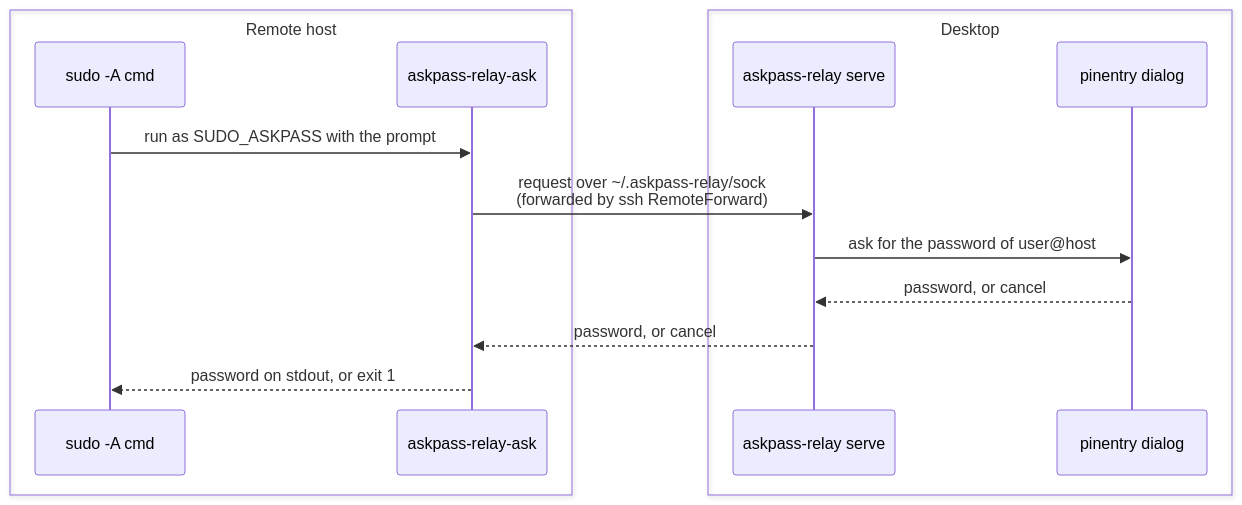
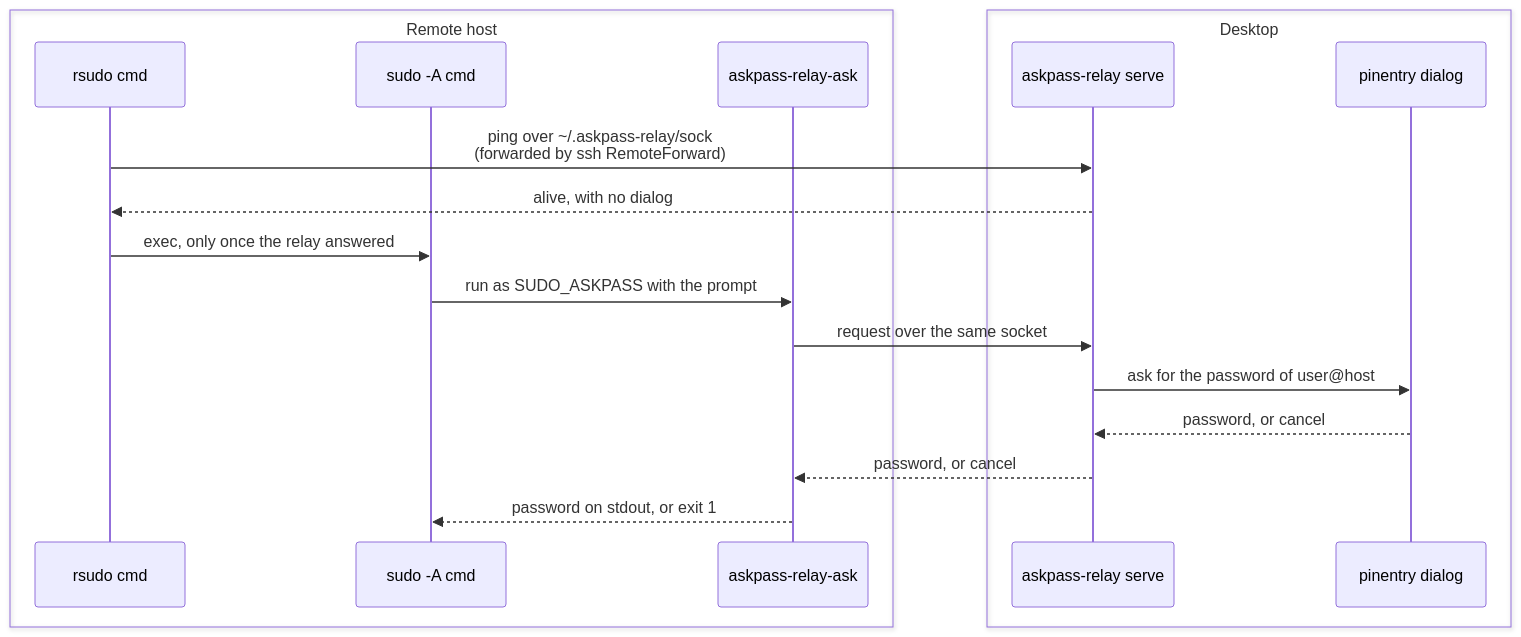
The diagram in README.md (powersemmi/askpass-relay), drawn with Mermaid before and after one commit. The commit also changed other lines of this file and 7 other files, not shown here.

````diff
--- a/README.md
+++ b/README.md
@@ -9,17 +9,21 @@
 ```mermaid
 sequenceDiagram
     box Remote host
+        participant rsudo as rsudo cmd
         participant sudo as sudo -A cmd
         participant ask as askpass-relay-ask
     end
     box Desktop
         participant serve as askpass-relay serve
         participant dialog as pinentry dialog
     end
+    rsudo->>serve: ping over ~/.askpass-relay/sock<br/>(forwarded by ssh RemoteForward)
+    serve-->>rsudo: alive, with no dialog
+    rsudo->>sudo: exec, only once the relay answered
     sudo->>ask: run as SUDO_ASKPASS with the prompt
-    ask->>serve: request over ~/.askpass-relay/sock<br/>(forwarded by ssh RemoteForward)
+    ask->>serve: request over the same socket
     serve->>dialog: ask for the password of user@host
     dialog-->>serve: password, or cancel
     serve-->>ask: password, or cancel
     ask-->>sudo: password on stdout, or exit 1
 ```
````
